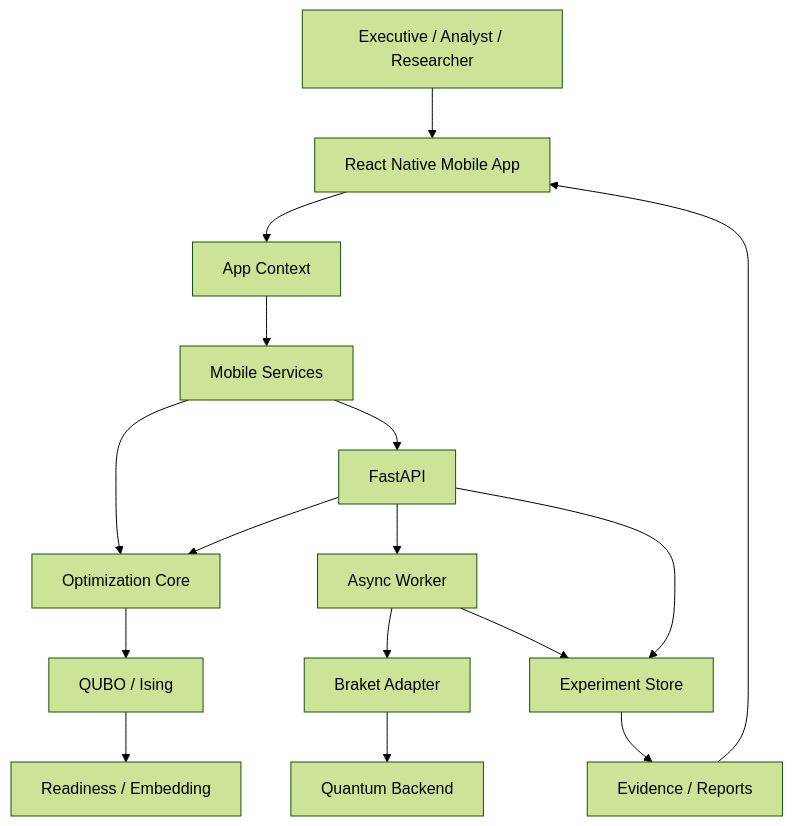
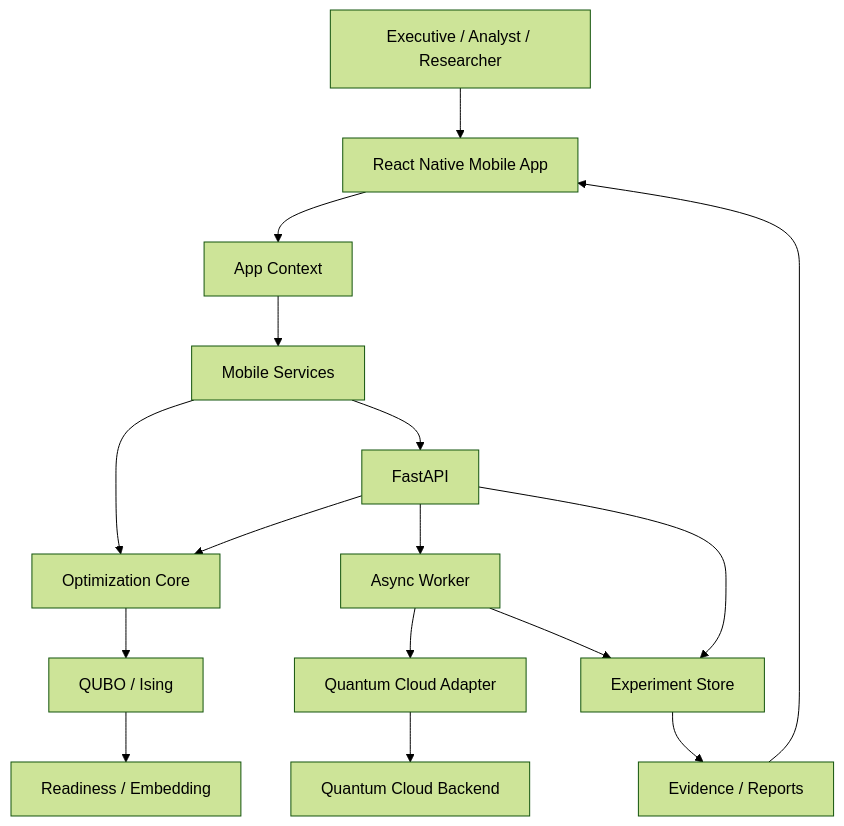
One commit to lucylow/quantum-roi-business changed diagram 14 of 17 in README.md. Above: the diagram before and after it, drawn with Mermaid (forest theme). The commit also changed other lines of this file, not shown here.

````diff
--- a/README.md
+++ b/README.md
@@ -2617,32 +2612,32 @@
 ```mermaid
 flowchart TB
     U[Executive / Analyst / Researcher]
     M[React Native Mobile App]
     C[App Context]
     S[Mobile Services]
     O[Optimization Core]
     Q[QUBO / Ising]
     R[Readiness / Embedding]
     API[FastAPI]
     W[Async Worker]
-    B[Braket Adapter]
-    QB[Quantum Backend]
+    B[Quantum Cloud Adapter]
+    QB[Quantum Cloud Backend]
     E[Experiment Store]
     A[Evidence / Reports]
 
     U --> M
     M --> C
     C --> S
     S --> O
     O --> Q
     Q --> R
     S --> API
     API --> O
     API --> W
     W --> B
     B --> QB
     API --> E
     W --> E
     E --> A
     A --> M
 ```
````
